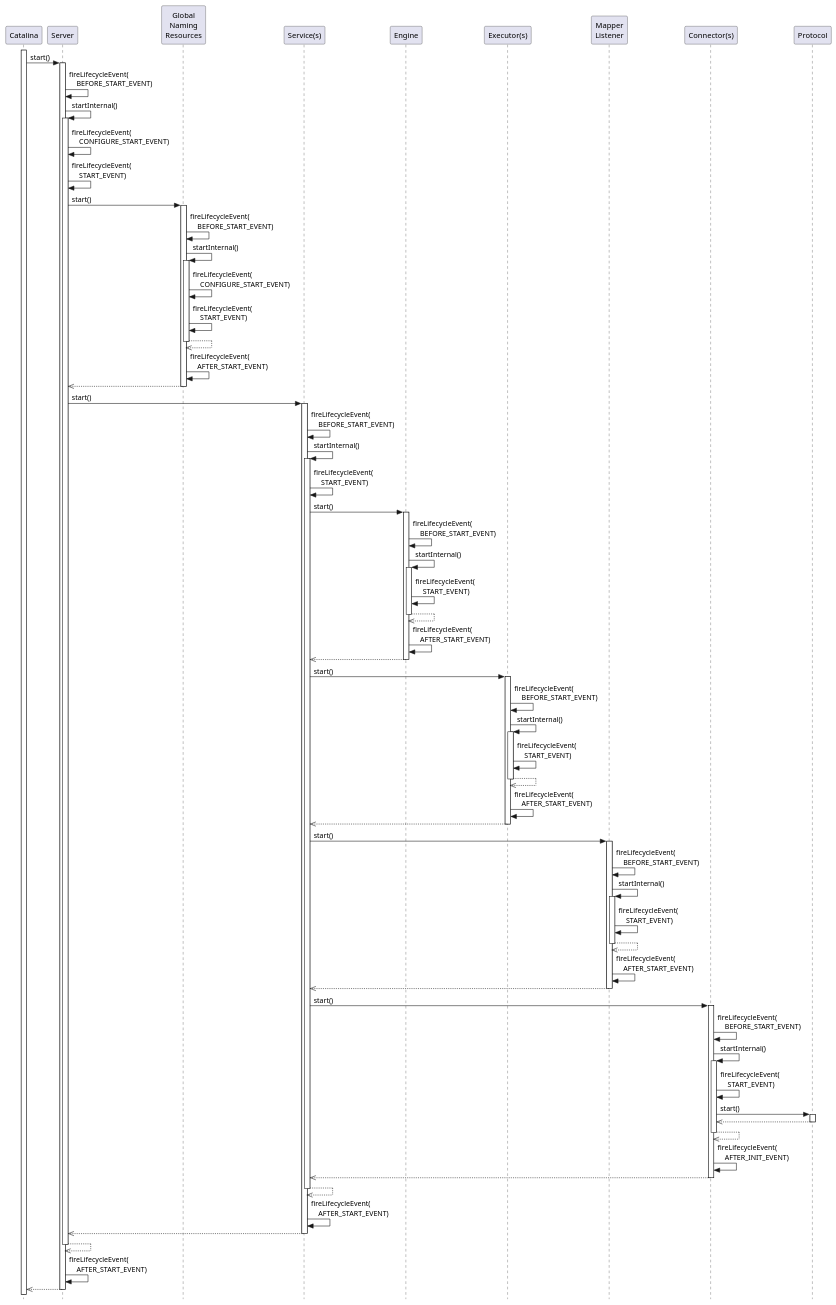
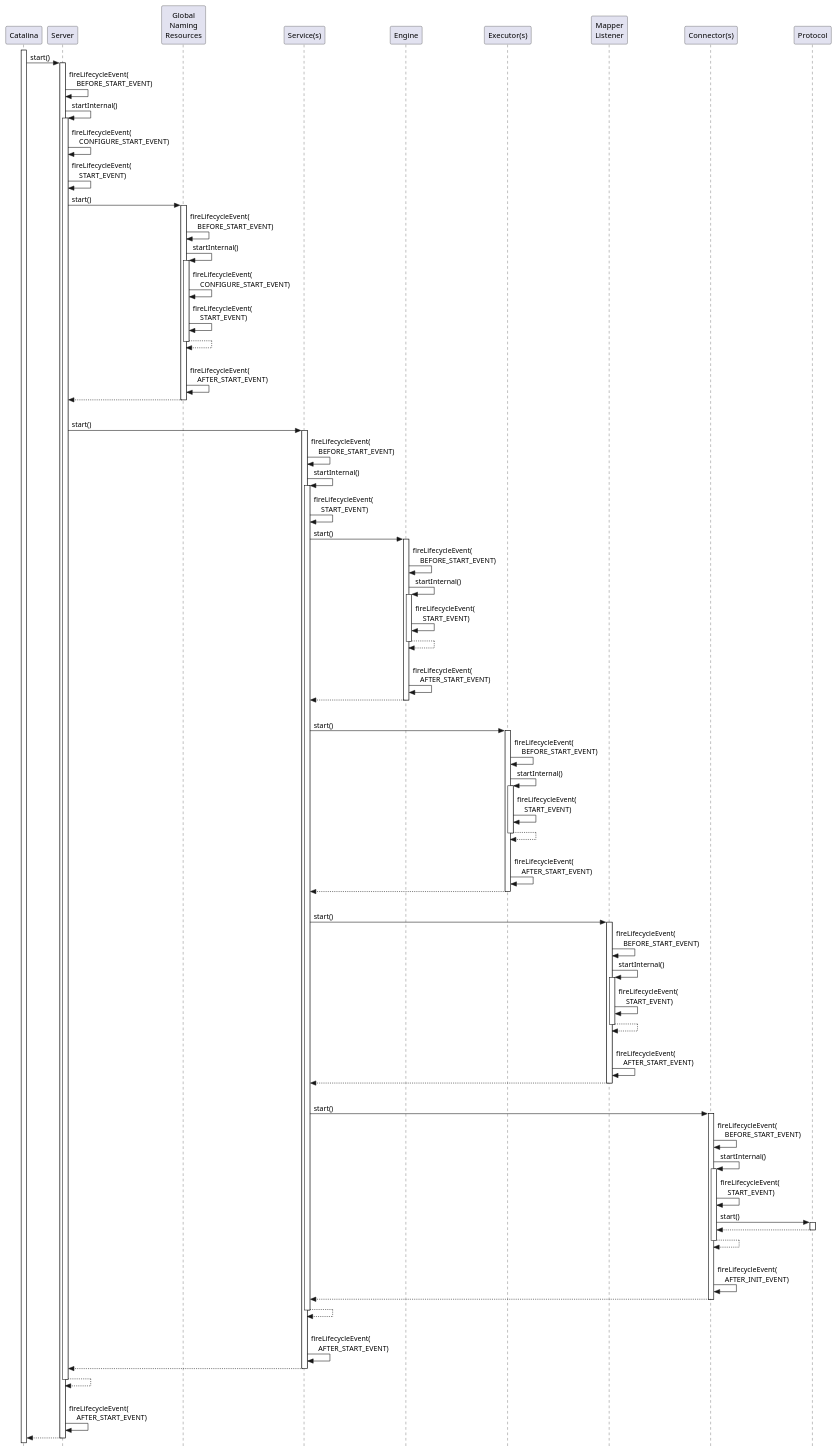
Before and after one commit to apache/tomcat: the diagram in webapps/docs/architecture/startup/3_catalina_start_1.plantuml, drawn with PlantUML. The commit also changed 5 other files, not shown here.

```diff
--- a/webapps/docs/architecture/startup/3_catalina_start_1.plantuml
+++ b/webapps/docs/architecture/startup/3_catalina_start_1.plantuml
@@ -1,139 +1,116 @@
 @startuml
 
 ' Licensed to the Apache Software Foundation (ASF) under one or more
 ' contributor license agreements.  See the NOTICE file distributed with
 ' this work for additional information regarding copyright ownership.
 ' The ASF licenses this file to You under the Apache License, Version 2.0
 ' (the "License"); you may not use this file except in compliance with
 ' the License.  You may obtain a copy of the License at
 '
 '     http://www.apache.org/licenses/LICENSE-2.0
 '
 ' Unless required by applicable law or agreed to in writing, software
 ' distributed under the License is distributed on an "AS IS" BASIS,
 ' WITHOUT WARRANTIES OR CONDITIONS OF ANY KIND, either express or implied.
 ' See the License for the specific language governing permissions and
 ' limitations under the License.
 
 hide footbox
 skinparam style strictuml
 
 activate Catalina
 
 Catalina -> Server ++: start()
 
 Server -> Server: fireLifecycleEvent(\n    BEFORE_START_EVENT)
 
 Server -> Server ++: startInternal()
 
 Server -> Server: fireLifecycleEvent(\n    CONFIGURE_START_EVENT)
 Server -> Server: fireLifecycleEvent(\n    START_EVENT)
 
 Server -> "Global\nNaming\nResources" as GNR ++: start()
 
 GNR -> GNR: fireLifecycleEvent(\n    BEFORE_START_EVENT)
 GNR -> GNR ++: startInternal()
 
 GNR -> GNR: fireLifecycleEvent(\n    CONFIGURE_START_EVENT)
 GNR -> GNR: fireLifecycleEvent(\n    START_EVENT)
 
-GNR -->> GNR
-deactivate GNR
-
+return
+|||
 GNR -> GNR: fireLifecycleEvent(\n    AFTER_START_EVENT)
 
-Server  <<-- GNR
-deactivate GNR
+return
 
+|||
 Server -> "Service(s)" as Services ++: start()
 
 Services -> Services: fireLifecycleEvent(\n    BEFORE_START_EVENT)
 
 Services -> Services ++: startInternal()
 
 Services -> Services: fireLifecycleEvent(\n    START_EVENT)
 
 Services -> Engine ++: start()
 
 Engine -> Engine: fireLifecycleEvent(\n    BEFORE_START_EVENT)
 
 Engine -> Engine ++: startInternal()
 
 Engine -> Engine: fireLifecycleEvent(\n    START_EVENT)
 
-Engine -->> Engine
-deactivate Engine
+return
 
+|||
 Engine -> Engine: fireLifecycleEvent(\n    AFTER_START_EVENT)
 
-Services <<-- Engine
-deactivate Engine
+return
 
+|||
 Services -> "Executor(s)" as Executors ++: start()
+Executors -> Executors: fireLifecycleEvent(\n    BEFORE_START_EVENT)
+Executors -> Executors ++: startInternal()
+Executors -> Executors: fireLifecycleEvent(\n    START_EVENT)
+return
+|||
+Executors -> Executors: fireLifecycleEvent(\n    AFTER_START_EVENT)
+return
 
-Executors -> Executors: fireLifecycleEvent(\n    BEFORE_START_EVENT)
+|||
+Services -> "Mapper\nListener" as MapperListener ++: start()
+MapperListener -> MapperListener: fireLifecycleEvent(\n    BEFORE_START_EVENT)
+MapperListener -> MapperListener ++: startInternal()
+MapperListener -> MapperListener: fireLifecycleEvent(\n    START_EVENT)
+return
+|||
+MapperListener -> MapperListener: fireLifecycleEvent(\n    AFTER_START_EVENT)
+return
 
-Executors -> Executors ++: startInternal()
-
-Executors -> Executors: fireLifecycleEvent(\n    START_EVENT)
-
-Executors -->> Executors
-deactivate Executors
-
-Executors -> Executors: fireLifecycleEvent(\n    AFTER_START_EVENT)
-
-Services <<-- Executors
-deactivate Executors
-
-Services -> "Mapper\nListener" as MapperListener ++: start()
-
-MapperListener -> MapperListener: fireLifecycleEvent(\n    BEFORE_START_EVENT)
-
-MapperListener -> MapperListener ++: startInternal()
-
-MapperListener -> MapperListener: fireLifecycleEvent(\n    START_EVENT)
-
-MapperListener -->> MapperListener
-deactivate MapperListener
-
-MapperListener -> MapperListener: fireLifecycleEvent(\n    AFTER_START_EVENT)
-
-Services <<-- MapperListener
-deactivate MapperListener
-
+|||
 Services -> "Connector(s)" as Connectors ++: start()
-
 Connectors -> Connectors: fireLifecycleEvent(\n    BEFORE_START_EVENT)
 Connectors -> Connectors ++: startInternal()
-
 Connectors -> Connectors: fireLifecycleEvent(\n    START_EVENT)
-
 Connectors -> Protocol ++: start()
-Connectors <<-- Protocol
-deactivate Protocol
-
-Connectors -->> Connectors
-deactivate Connectors
-
+return
+return
+|||
 Connectors -> Connectors: fireLifecycleEvent(\n    AFTER_INIT_EVENT)
 
-Services <<-- Connectors
-deactivate Connectors
+return
 
-Services -->> Services
-deactivate Services
+return
 
+|||
 Services -> Services: fireLifecycleEvent(\n    AFTER_START_EVENT)
 
-Server <<-- Services
-deactivate Services
+return
 
-Server -->> Server
-deactivate Server
+return
 
+|||
 Server -> Server: fireLifecycleEvent(\n    AFTER_START_EVENT)
 
-Server -->> Catalina
-deactivate Server
-
+return
 @enduml
```
